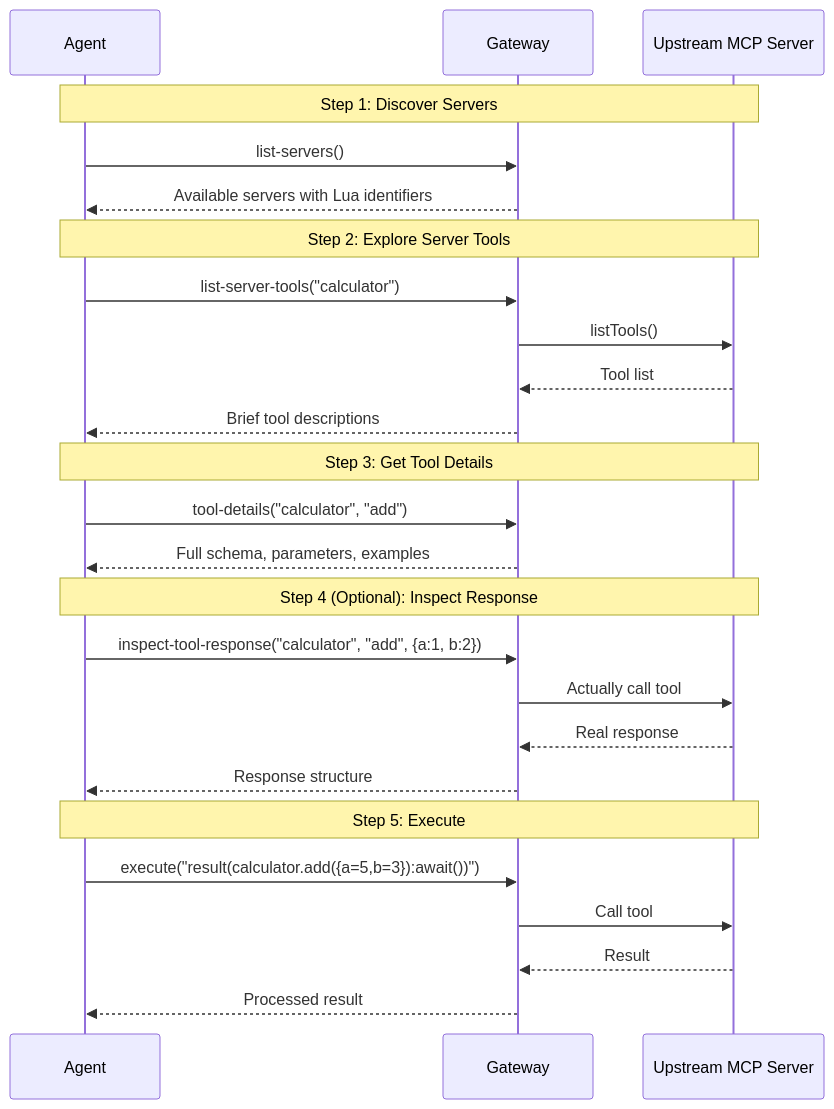
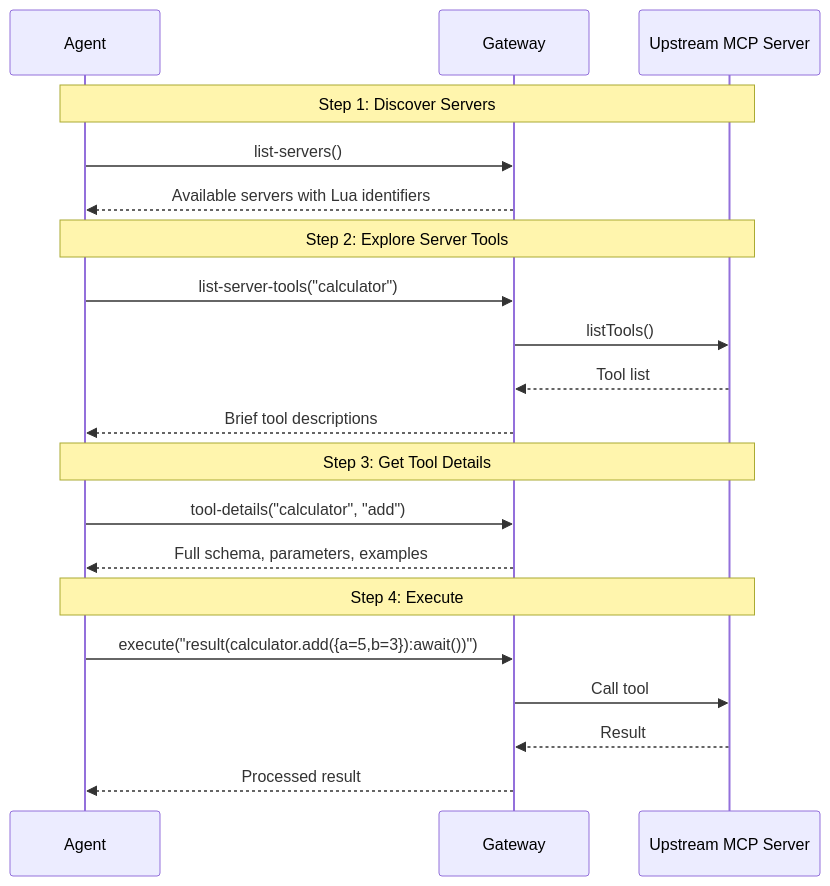
Before and after one commit to karashiiro/my-cool-proxy: the second of 3 diagrams in docs/design/progressive-discovery.md, drawn with Mermaid. The commit also changed other lines of this file and 8 other files, not shown here.

````diff
--- a/docs/design/progressive-discovery.md
+++ b/docs/design/progressive-discovery.md
@@ -34,32 +34,26 @@
 ```mermaid
 sequenceDiagram
     participant Agent
     participant Gateway
     participant Upstream as Upstream MCP Server
 
     Note over Agent,Upstream: Step 1: Discover Servers
     Agent->>Gateway: list-servers()
     Gateway-->>Agent: Available servers with Lua identifiers
 
     Note over Agent,Upstream: Step 2: Explore Server Tools
     Agent->>Gateway: list-server-tools("calculator")
     Gateway->>Upstream: listTools()
     Upstream-->>Gateway: Tool list
     Gateway-->>Agent: Brief tool descriptions
 
     Note over Agent,Upstream: Step 3: Get Tool Details
     Agent->>Gateway: tool-details("calculator", "add")
     Gateway-->>Agent: Full schema, parameters, examples
 
-    Note over Agent,Upstream: Step 4 (Optional): Inspect Response
-    Agent->>Gateway: inspect-tool-response("calculator", "add", {a:1, b:2})
-    Gateway->>Upstream: Actually call tool
-    Upstream-->>Gateway: Real response
-    Gateway-->>Agent: Response structure
-
-    Note over Agent,Upstream: Step 5: Execute
+    Note over Agent,Upstream: Step 4: Execute
     Agent->>Gateway: execute("result(calculator.add({a=5,b=3}):await())")
     Gateway->>Upstream: Call tool
     Upstream-->>Gateway: Result
     Gateway-->>Agent: Processed result
 ```
````
